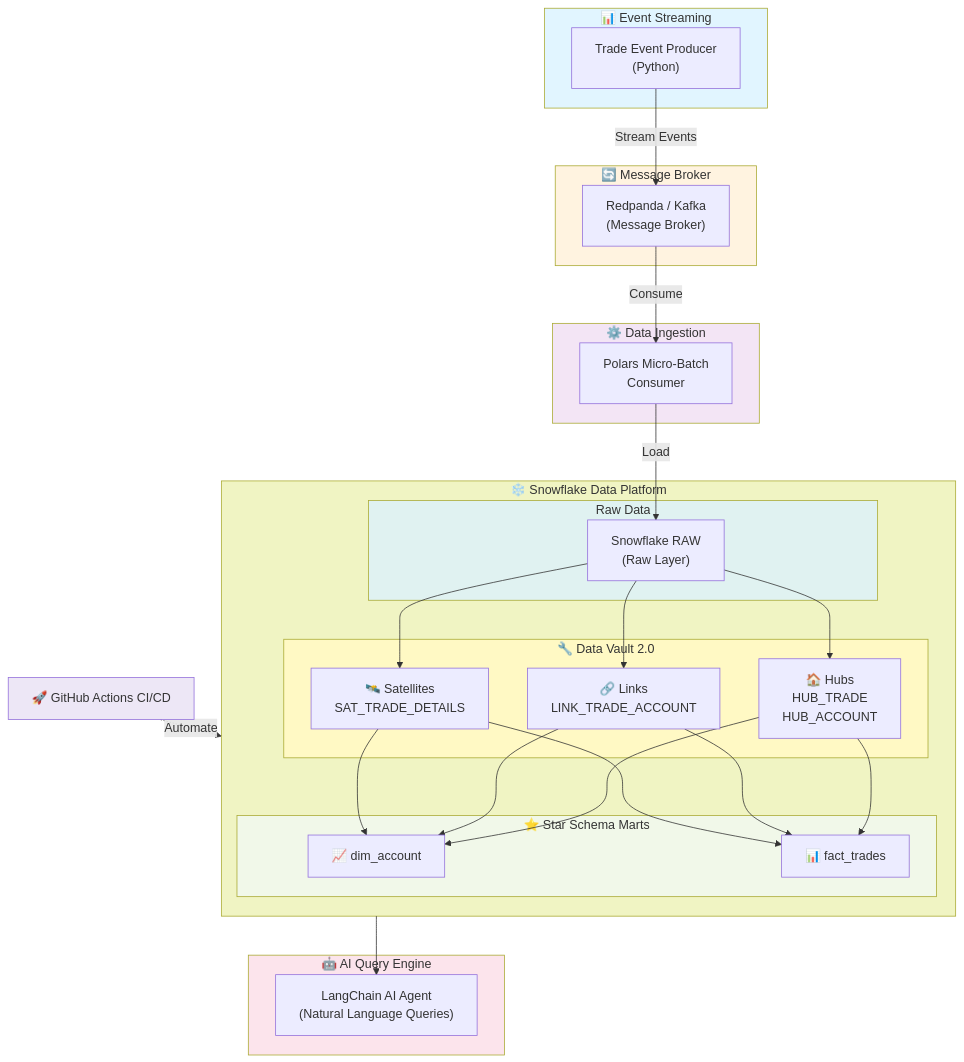
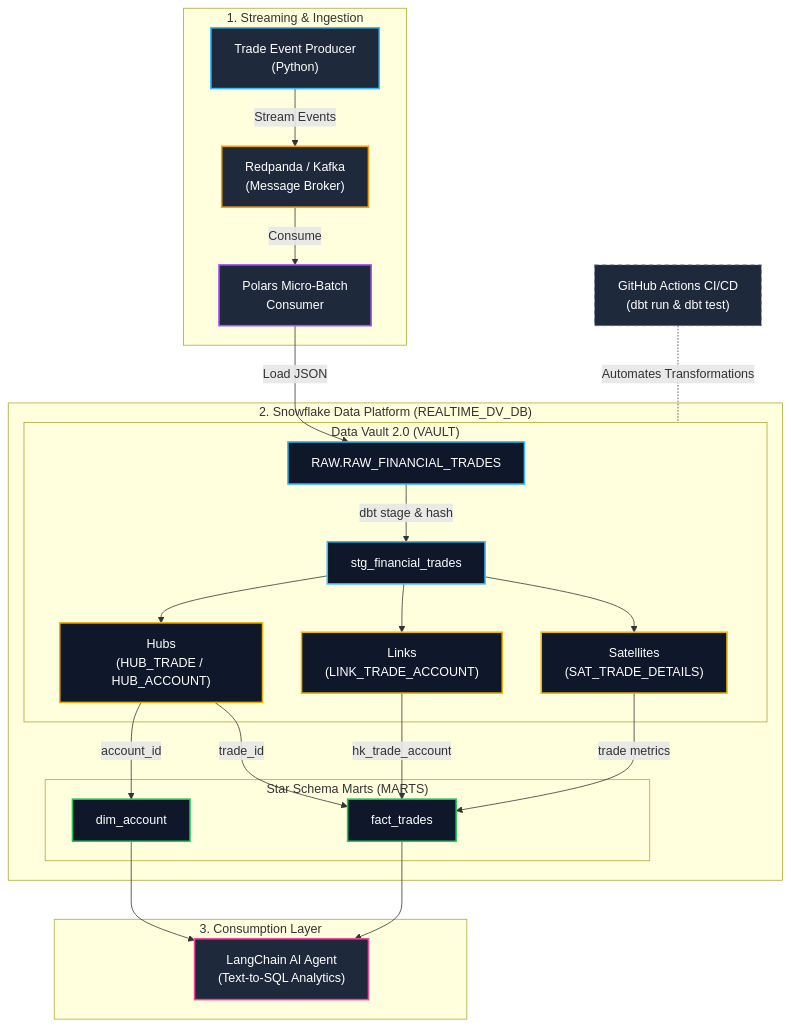
Before and after one commit to vrrgithub1/realtime-data-vault-engine: the diagram in README.md, drawn with Mermaid.

Commit message:
Updated README Document

````diff
--- a/README.md
+++ b/README.md
@@ -7,63 +7,45 @@
 ```mermaid
-graph TB
-    subgraph layer1["📊 Event Streaming"]
-        Producer["Trade Event Producer<br/>(Python)"]
+flowchart TD
+    %% Custom Styling
+    classDef producer fill:#1e293b,stroke:#38bdf8,stroke-width:2px,color:#fff
+    classDef broker fill:#1e293b,stroke:#f59e0b,stroke-width:2px,color:#fff
+    classDef ingestion fill:#1e293b,stroke:#a855f7,stroke-width:2px,color:#fff
+    classDef raw fill:#0f172a,stroke:#38bdf8,stroke-width:2px,color:#fff
+    classDef dv fill:#0f172a,stroke:#eab308,stroke-width:2px,color:#fff
+    classDef mart fill:#0f172a,stroke:#22c55e,stroke-width:2px,color:#fff
+    classDef ai fill:#1e293b,stroke:#ec4899,stroke-width:2px,color:#fff
+    classDef cicd fill:#1e293b,stroke:#64748b,stroke-dasharray: 5 5,color:#fff
+
+    %% Event Streaming & Ingestion
+    subgraph StreamLayer ["1. Streaming & Ingestion"]
+        P["Trade Event Producer<br/>(Python)"]:::producer -->|Stream Events| B["Redpanda / Kafka<br/>(Message Broker)"]:::broker
+        B -->|Consume| C["Polars Micro-Batch<br/>Consumer"]:::ingestion
     end
-    
-    subgraph layer2["🔄 Message Broker"]
-        Kafka["Redpanda / Kafka<br/>(Message Broker)"]
-    end
-    
-    subgraph layer3["⚙️ Data Ingestion"]
-        Consumer["Polars Micro-Batch<br/>Consumer"]
-    end
-    
-    subgraph snowflake["❄️ Snowflake Data Platform"]
-        subgraph raw["Raw Data"]
-            Snowflake_Raw["Snowflake RAW<br/>(Raw Layer)"]
+
+    %% Snowflake Platform
+    subgraph Snowflake ["2. Snowflake Data Platform (REALTIME_DV_DB)"]
+        C -->|Load JSON| RAW["RAW.RAW_FINANCIAL_TRADES"]:::raw
+        
+        subgraph Vault ["Data Vault 2.0 (VAULT)"]
+            RAW -->|dbt stage & hash| STG["stg_financial_trades"]:::raw
+            STG --> HUBS["Hubs<br/>(HUB_TRADE / HUB_ACCOUNT)"]:::dv
+            STG --> LINKS["Links<br/>(LINK_TRADE_ACCOUNT)"]:::dv
+            STG --> SATS["Satellites<br/>(SAT_TRADE_DETAILS)"]:::dv
         end
         
-        subgraph vault["🔧 Data Vault 2.0"]
-            Hubs["🏠 Hubs<br/>HUB_TRADE<br/>HUB_ACCOUNT"]
-            Links["🔗 Links<br/>LINK_TRADE_ACCOUNT"]
-            Sats["🛰️ Satellites<br/>SAT_TRADE_DETAILS"]
-        end
-        
-        subgraph marts["⭐ Star Schema Marts"]
-            Dim["📈 dim_account"]
-            Fact["📊 fact_trades"]
+        subgraph Marts ["Star Schema Marts (MARTS)"]
+            HUBS -->|account_id| DIM["dim_account"]:::mart
+            HUBS -->|trade_id| FACT["fact_trades"]:::mart
+            LINKS -->|hk_trade_account| FACT
+            SATS -->|trade metrics| FACT
         end
     end
-    
-    subgraph layer7["🤖 AI Query Engine"]
-        AI["LangChain AI Agent<br/>(Natural Language Queries)"]
+
+    %% Downstream & CI/CD
+    subgraph AI ["3. Consumption Layer"]
+        DIM --> AGENT["LangChain AI Agent<br/>(Text-to-SQL Analytics)"]:::ai
+        FACT --> AGENT
     end
-    
-    CI["🚀 GitHub Actions CI/CD"]
-    
-    Producer -->|Stream Events| Kafka
-    Kafka -->|Consume| Consumer
-    Consumer -->|Load| Snowflake_Raw
-    Snowflake_Raw --> Hubs
-    Snowflake_Raw --> Links
-    Snowflake_Raw --> Sats
-    Hubs --> Dim
-    Links --> Dim
-    Sats --> Dim
-    Hubs --> Fact
-    Links --> Fact
-    Sats --> Fact
-    snowflake --> AI
-    
-    CI -.->|Automate| snowflake
-    
-    style layer1 fill:#e1f5ff
-    style layer2 fill:#fff3e0
-    style layer3 fill:#f3e5f5
-    style raw fill:#e0f2f1
-    style vault fill:#fff9c4
-    style marts fill:#f1f8e9
-    style layer7 fill:#fce4ec
-    style snowflake fill:#f0f4c3
-    style CI fill:#ede7f6
+
+    CICD["GitHub Actions CI/CD<br/>(dbt run & dbt test)"]:::cicd -.-|Automates Transformations| Vault
 ```
````
